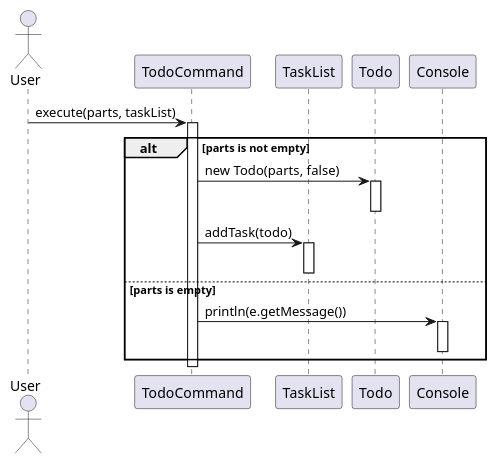
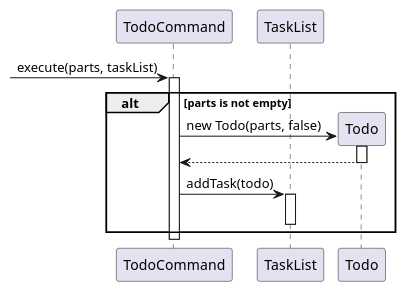
The diagram in docs/diagrams/tasklistcommands/TodoCommandSequenceDiagram.puml (wongyihao02/tp), drawn with PlantUML before and after one commit. The commit also changed 19 other files, not shown here.

Commit message:
Edit sequence diagrams for taskcommands

```diff
--- a/docs/diagrams/tasklistcommands/TodoCommandSequenceDiagram.puml
+++ b/docs/diagrams/tasklistcommands/TodoCommandSequenceDiagram.puml
@@ -1,28 +1,24 @@
 @startuml
 'https://plantuml.com/sequence-diagram
-actor User
-
 
 participant "TodoCommand" as TodoCmd
 participant "TaskList" as TaskList
 participant "Todo" as Todo
 
-User -> TodoCmd : execute(parts, taskList)
+-> TodoCmd : execute(parts, taskList)
 activate TodoCmd
 
 alt parts is not empty
+    create Todo
     TodoCmd -> Todo : new Todo(parts, false)
     activate Todo
+    Todo --> TodoCmd
     deactivate Todo
 
     TodoCmd -> TaskList : addTask(todo)
     activate TaskList
     deactivate TaskList
-else parts is empty
-    TodoCmd -> Console : println(e.getMessage())
-    activate Console
-    deactivate Console
 end
 
 deactivate TodoCmd
 @enduml
```
